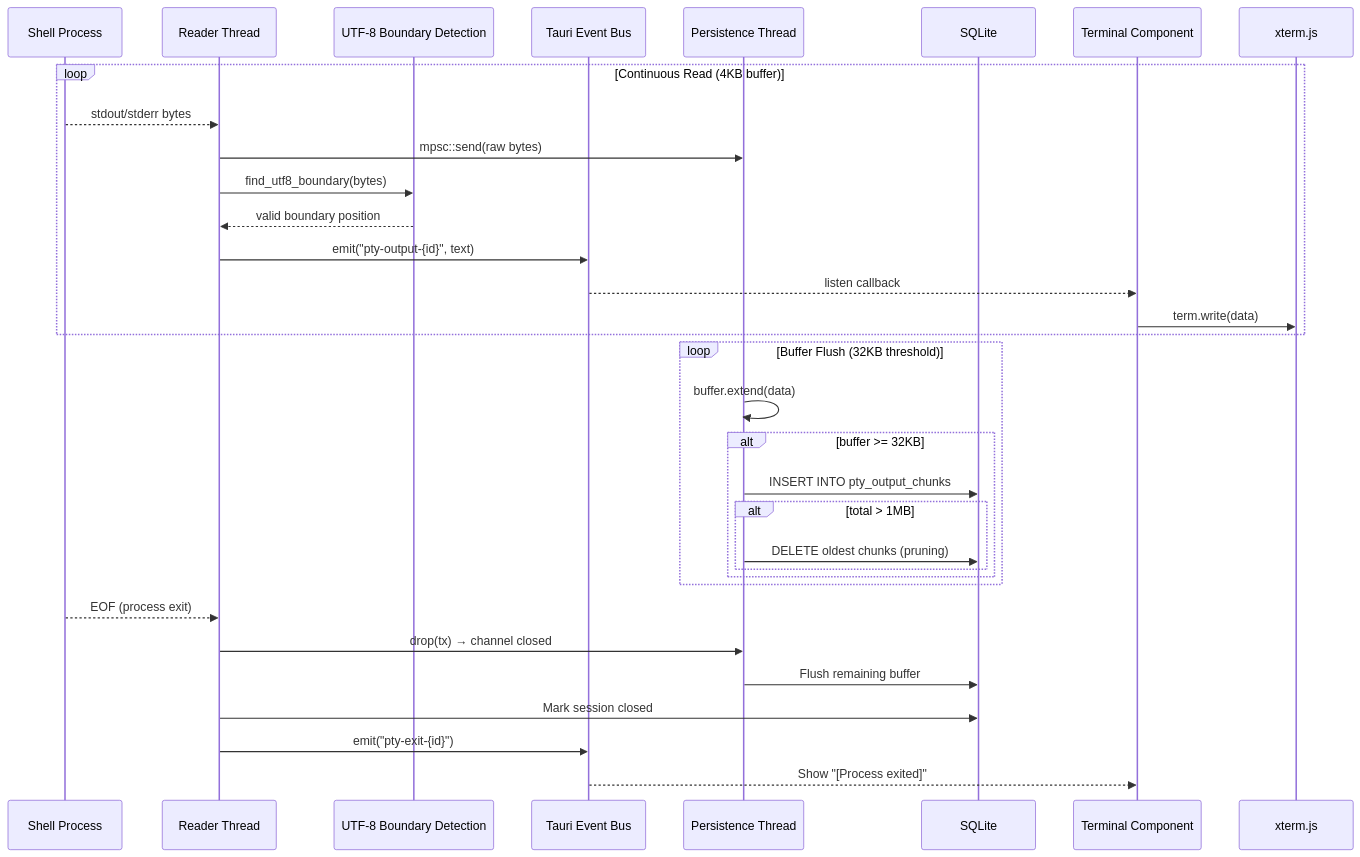
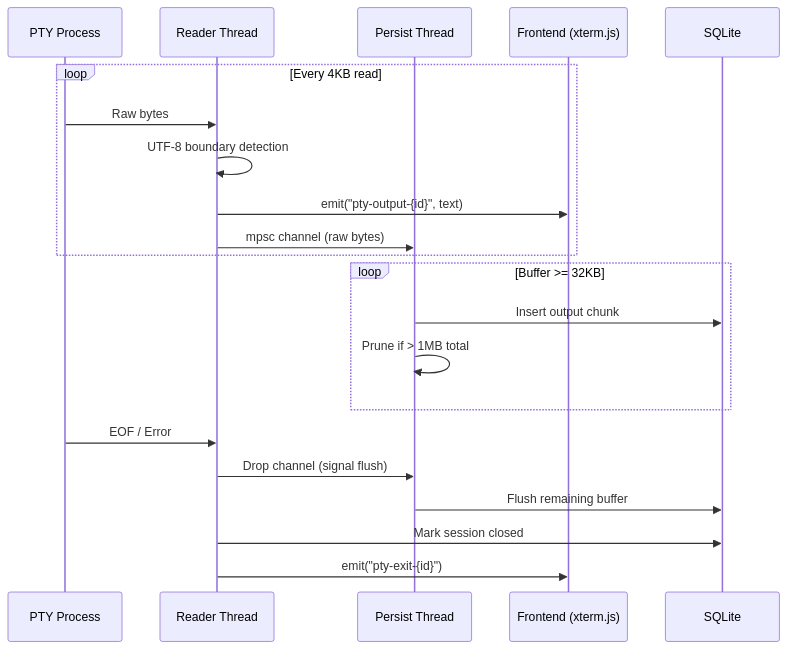
The second of 5 diagrams in docs/data-flow.md (AkaraChen/2code), drawn with Mermaid before and after one commit. The commit also changed other lines of this file and 5 other files, not shown here.

First line of the commit message:
docs: regenerate architecture docs and update CLAUDE.md

````diff
--- a/docs/data-flow.md
+++ b/docs/data-flow.md
@@ -84,38 +52,26 @@
 ```mermaid
 sequenceDiagram
-    participant Shell as Shell Process
-    participant Reader as Reader Thread
-    participant UTF8 as UTF-8 Boundary Detection
-    participant Event as Tauri Event Bus
-    participant Persist as Persistence Thread
+    participant PTY as PTY Process
+    participant RT as Reader Thread
+    participant PT as Persist Thread
+    participant FE as Frontend (xterm.js)
     participant DB as SQLite
-    participant Term as Terminal Component
-    participant XTerm as xterm.js
 
-    loop Continuous Read (4KB buffer)
-        Shell-->>Reader: stdout/stderr bytes
-        Reader->>Persist: mpsc::send(raw bytes)
-        Reader->>UTF8: find_utf8_boundary(bytes)
-        UTF8-->>Reader: valid boundary position
-        Reader->>Event: emit("pty-output-{id}", text)
-        Event-->>Term: listen callback
-        Term->>XTerm: term.write(data)
+    loop Every 4KB read
+        PTY->>RT: Raw bytes
+        RT->>RT: UTF-8 boundary detection
+        RT->>FE: emit("pty-output-{id}", text)
+        RT->>PT: mpsc channel (raw bytes)
     end
 
-    loop Buffer Flush (32KB threshold)
-        Persist->>Persist: buffer.extend(data)
-        alt buffer >= 32KB
-            Persist->>DB: INSERT INTO pty_output_chunks
-            alt total > 1MB
-                Persist->>DB: DELETE oldest chunks (pruning)
-            end
-        end
+    loop Buffer >= 32KB
+        PT->>DB: Insert output chunk
+        PT->>PT: Prune if > 1MB total
     end
 
-    Shell-->>Reader: EOF (process exit)
-    Reader->>Persist: drop(tx) → channel closed
-    Persist->>DB: Flush remaining buffer
-    Reader->>DB: Mark session closed
-    Reader->>Event: emit("pty-exit-{id}")
-    Event-->>Term: Show "[Process exited]"
+    PTY->>RT: EOF / Error
+    RT->>PT: Drop channel (signal flush)
+    PT->>DB: Flush remaining buffer
+    RT->>DB: Mark session closed
+    RT->>FE: emit("pty-exit-{id}")
 ```
````
